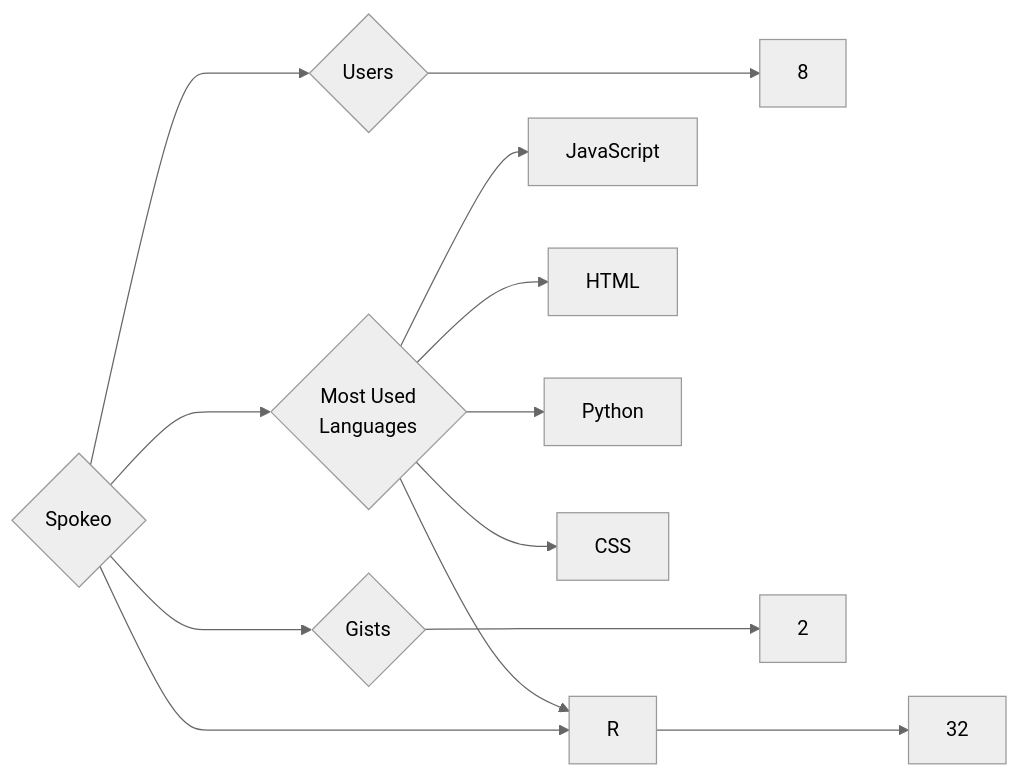
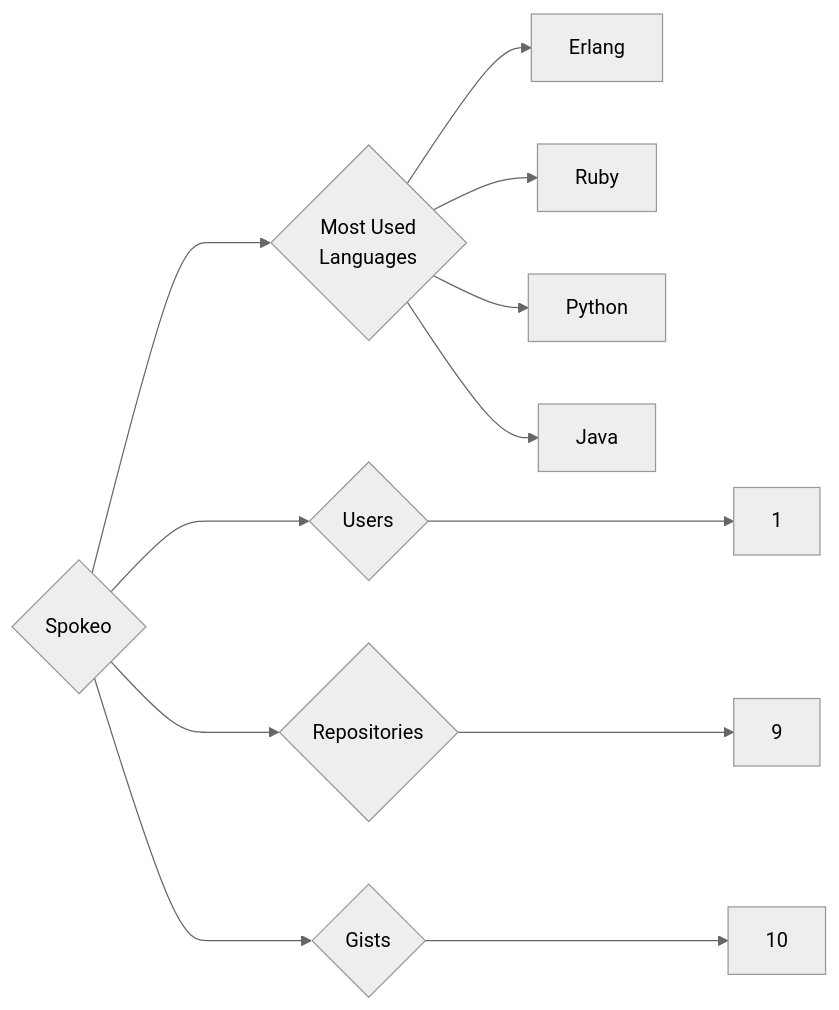
The diagram in targets/Spokeo/README.md (trickest/insiders), drawn with Mermaid (neutral theme) before and after one commit. The commit also changed 839 other files, not shown here.

````diff
--- a/targets/Spokeo/README.md
+++ b/targets/Spokeo/README.md
@@ -3,13 +3,12 @@
 ```mermaid
 graph LR
 COMPANY_NAME{Spokeo}
-COMPANY_NAME ---> U{Users} ---> UN[8]
-COMPANY_NAME ---> R{Repositories} ---> RN[32]
-COMPANY_NAME ---> G{Gists} ---> GN[2]
+COMPANY_NAME ---> U{Users} ---> UN[1]
+COMPANY_NAME ---> R{Repositories} ---> RN[9]
+COMPANY_NAME ---> G{Gists} ---> GN[10]
 COMPANY_NAME ---> ML{Most Used<br>Languages}
-ML --> JavaScript[JavaScript]
-ML --> HTML[HTML]
+ML --> Erlang[Erlang]
+ML --> Ruby[Ruby]
 ML --> Python[Python]
-ML --> R[R]
-ML --> CSS[CSS]
+ML --> Java[Java]
 ```
````
